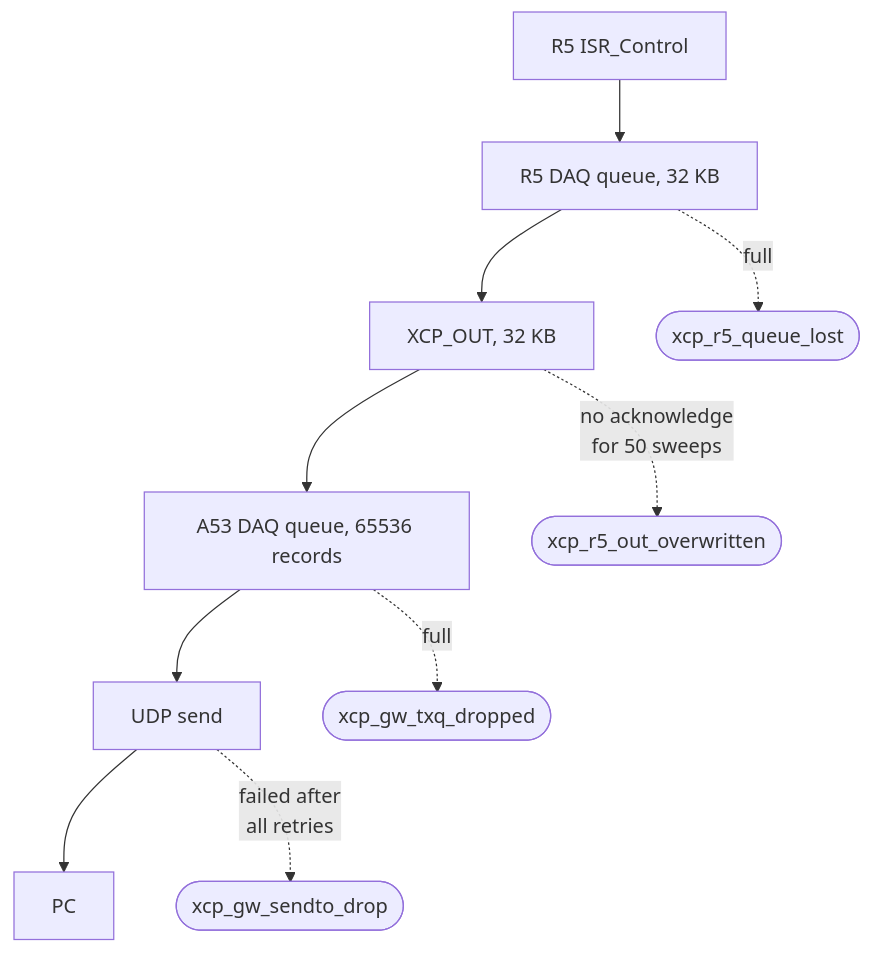
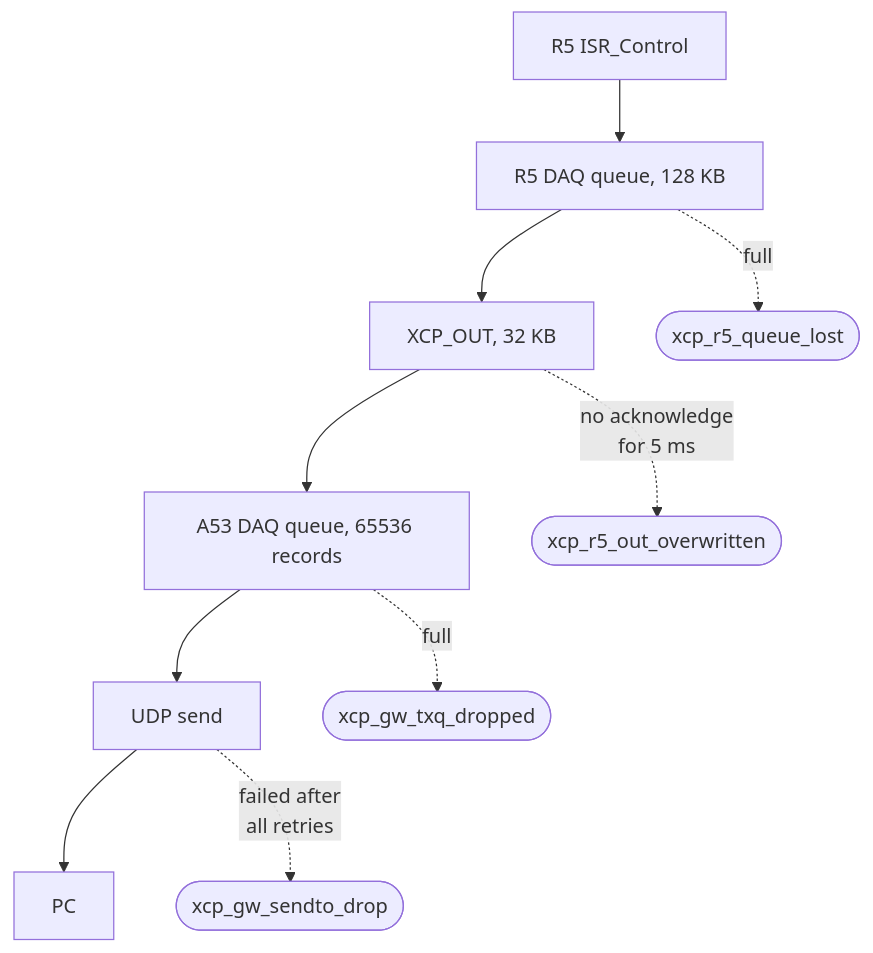
The diagram in docs/source/guide/XCP/XCP_diagnostics.rst (ultrazohm/ultrazohm_sw), drawn with Mermaid before and after one commit. The commit also changed other lines of this file and 2 other files, not shown here.

First line of the commit message:
docs: XCP exchange pacing, A53 profile, measured limits

```diff
--- a/docs/source/guide/XCP/XCP_diagnostics.rst
+++ b/docs/source/guide/XCP/XCP_diagnostics.rst
@@ -14,14 +14,14 @@
 .. mermaid::
     :align: center
     :caption: Buffers on the way of the measurement data and the counter that belongs to each of them
 
     flowchart TB
-      isr["R5 ISR_Control"] --> q1["R5 DAQ queue, 32 KB"]
+      isr["R5 ISR_Control"] --> q1["R5 DAQ queue, 128 KB"]
       q1 --> out["XCP_OUT, 32 KB"]
       out --> q2["A53 DAQ queue, 65536 records"]
       q2 --> udp["UDP send"]
       udp --> pc["PC"]
       q1 -. "full" .-> c1(["xcp_r5_queue_lost"])
-      out -. "no acknowledge<br>for 50 sweeps" .-> c2(["xcp_r5_out_overwritten"])
+      out -. "no acknowledge<br>for 5 ms" .-> c2(["xcp_r5_out_overwritten"])
       q2 -. "full" .-> c3(["xcp_gw_txq_dropped"])
       udp -. "failed after<br>all retries" .-> c4(["xcp_gw_sendto_drop"])
```
